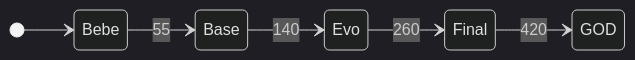
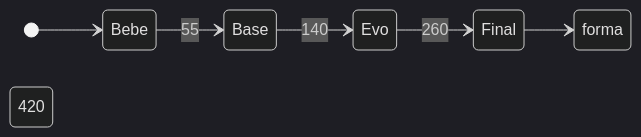
The second of 4 diagrams in README.md (GracianB/project-ohana), drawn with Mermaid before and after one commit. The commit also changed other lines of this file, not shown here.

Commit message:
chore: align final evolution language in README.md

````diff
--- a/README.md
+++ b/README.md
@@ -64,10 +64,10 @@
 ```mermaid
 %%{init: {'theme':'dark'}}%%
 stateDiagram-v2
   direction LR
   [*] --> Bebe
   Bebe --> Base: 55
   Base --> Evo: 140
   Evo --> Final: 260
-  Final --> GOD: 420
+  Final --> forma final: 420
 ```
````
